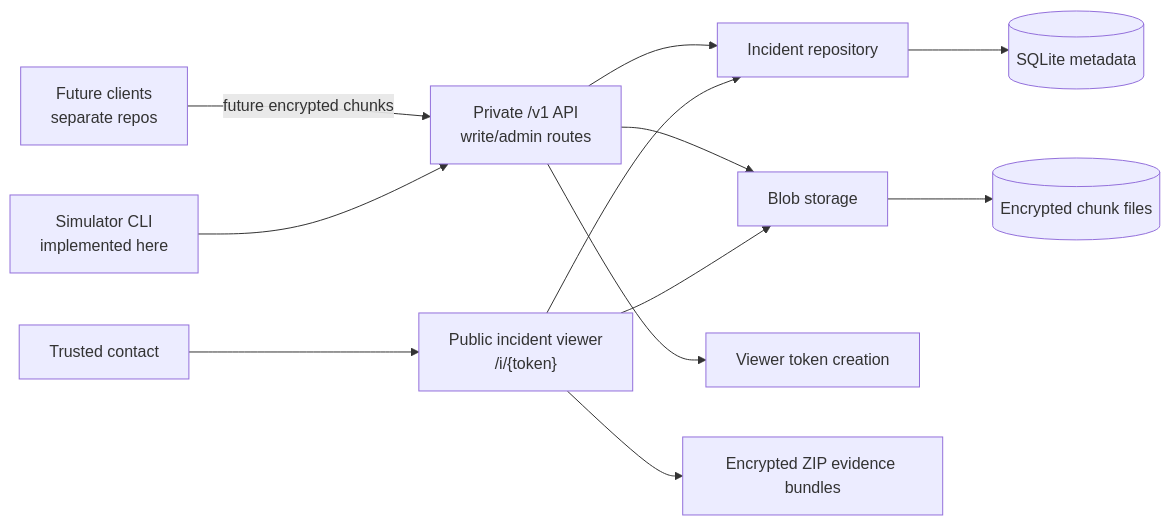
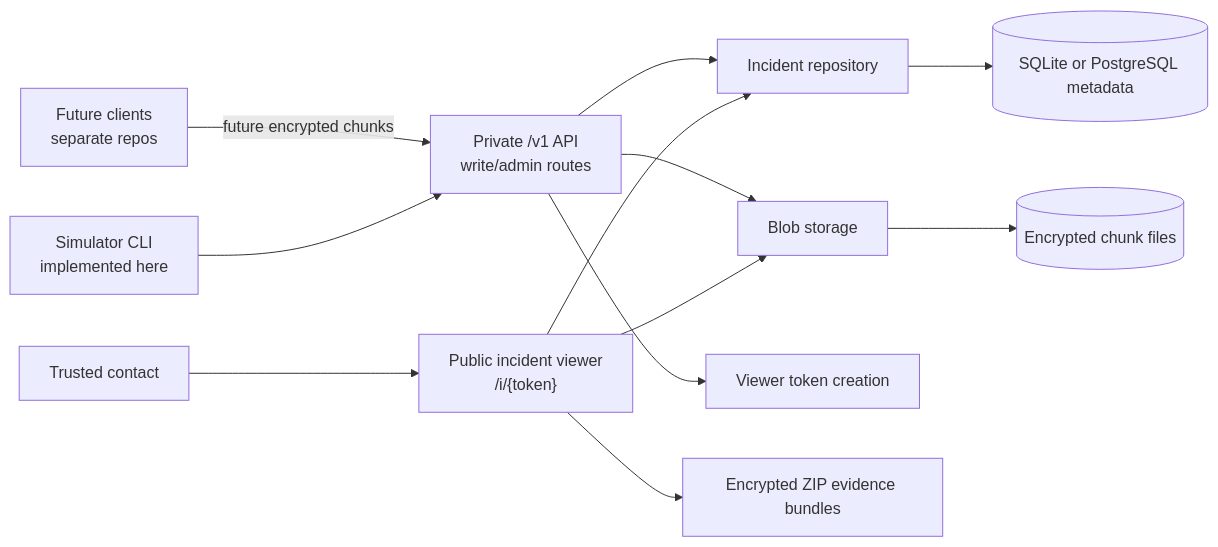
One commit to open-proofline/server changed the first of 4 diagrams in docs/architecture.md. Above: the diagram before and after it, drawn with Mermaid. The commit also changed other lines of this file and 44 other files, not shown here.

Commit message:
Add optional PostgreSQL metadata backend

````diff
--- a/docs/architecture.md
+++ b/docs/architecture.md
@@ -13,14 +13,14 @@
 ```mermaid
 flowchart LR
     FutureClients["Future clients<br/>separate repos"] -->|"future encrypted chunks"| PrivateAPI["Private /v1 API<br/>write/admin routes"]
     Simulator["Simulator CLI<br/>implemented here"] --> PrivateAPI
     PrivateAPI --> Repo["Incident repository"]
-    Repo --> DB[(SQLite metadata)]
+    Repo --> DB[(SQLite or PostgreSQL metadata)]
     PrivateAPI --> Store["Blob storage"]
     Store --> Files[(Encrypted chunk files)]
     PrivateAPI --> Token["Viewer token creation"]
     Contact["Trusted contact"] --> Viewer["Public incident viewer<br/>/i/{token}"]
     Viewer --> Repo
     Viewer --> Store
     Viewer --> Bundle["Encrypted ZIP evidence bundles"]
 ```
````
